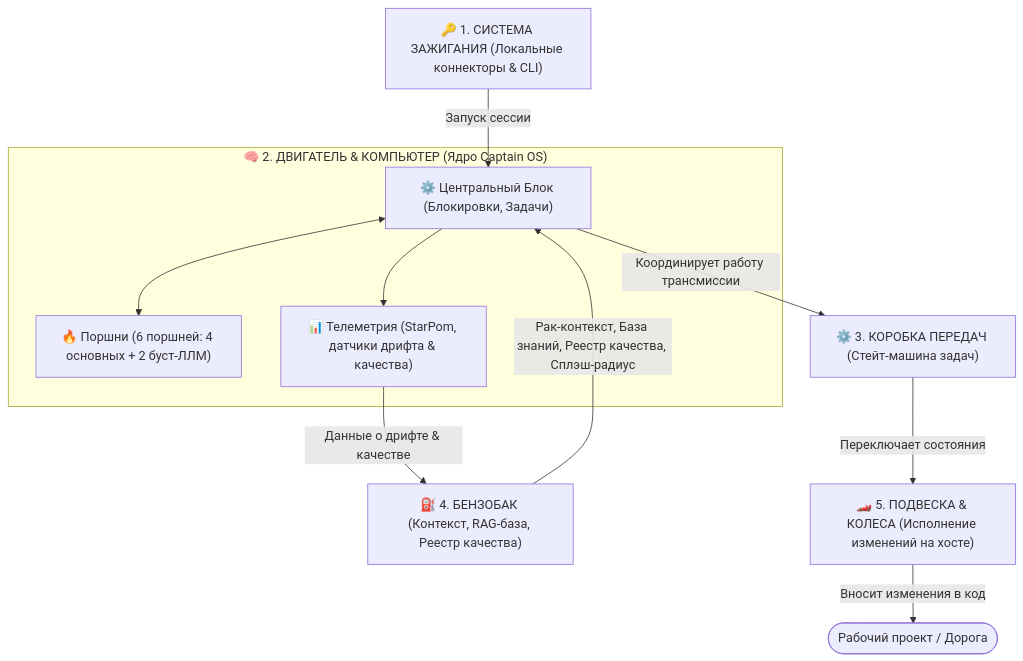
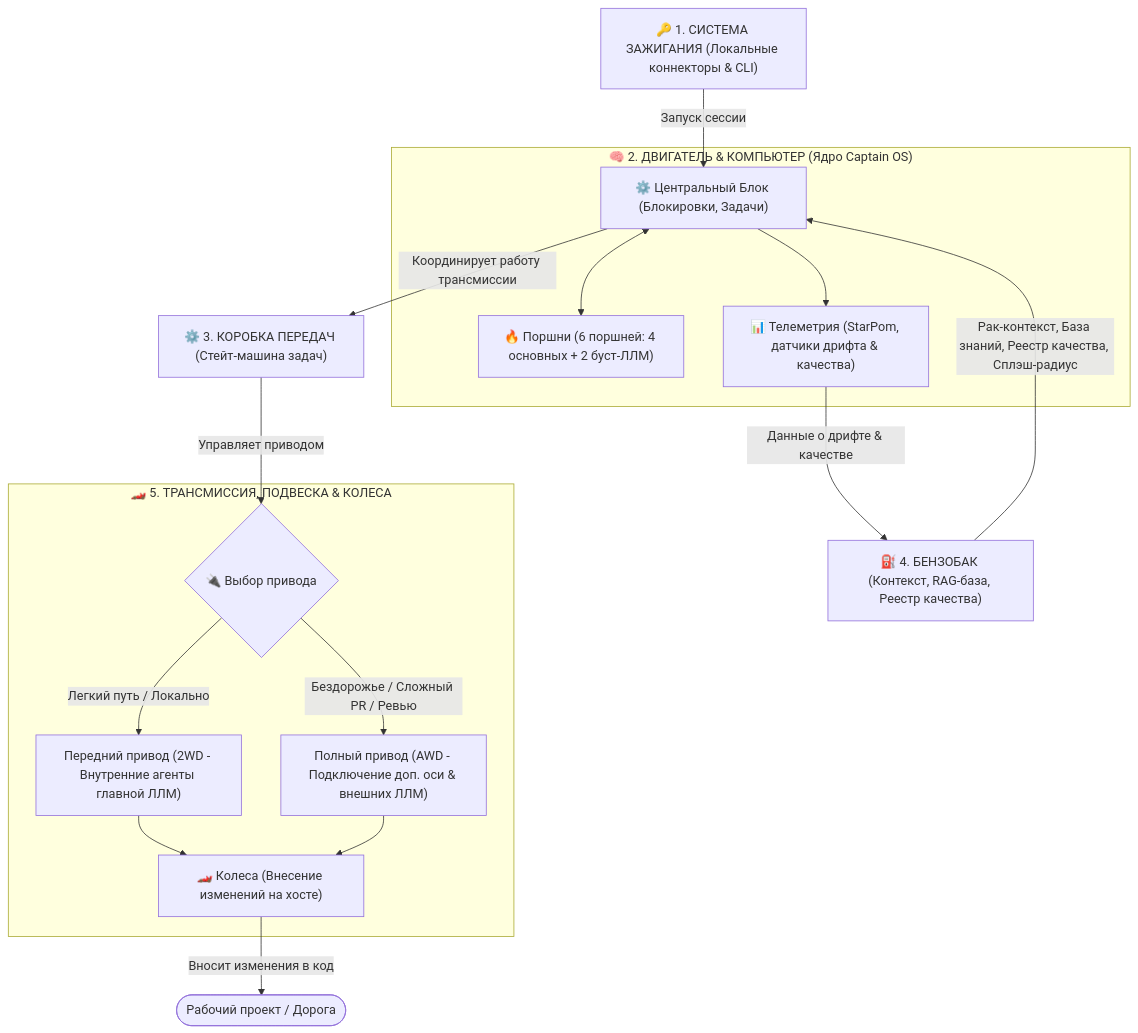
One commit to anton-remide/captain-os changed the first of 2 diagrams in README.md. Above: the diagram before and after it, drawn with Mermaid. The commit also changed other lines of this file, not shown here.

Commit message:
docs(readme): integrate 2WD/AWD drivetrain analogy with dynamic LLM drive modes

````diff
--- a/README.md
+++ b/README.md
@@ -12,29 +12,40 @@
 ```mermaid
 graph TD
     Ignition["🔑 1. СИСТЕМА ЗАЖИГАНИЯ (Локальные коннекторы & CLI)"]
     
     subgraph EngineBlock["🧠 2. ДВИГАТЕЛЬ & КОМПЬЮТЕР (Ядро Captain OS)"]
         Engine["⚙️ Центральный Блок (Блокировки, Задачи)"]
         Pistons["🔥 Поршни (6 поршней: 4 основных + 2 буст-ЛЛМ)"]
         Telemetry["📊 Телеметрия (StarPom, датчики дрифта & качества)"]
         Engine <--> Pistons
         Engine --> Telemetry
     end
     
     Gearbox["⚙️ 3. КОРОБКА ПЕРЕДАЧ (Стейт-машина задач)"]
     Tank["⛽ 4. БЕНЗОБАК (Контекст, RAG-база, Реестр качества)"]
-    Wheels["🏎️ 5. ПОДВЕСКА & КОЛЕСА (Исполнение изменений на хосте)"]
+    
+    subgraph DriveTrain["🏎️ 5. ТРАНСМИССИЯ, ПОДВЕСКА & КОЛЕСА"]
+        DriveMode{"🔌 Выбор привода"}
+        2WD["Передний привод (2WD - Внутренние агенты главной ЛЛМ)"]
+        AWD["Полный привод (AWD - Подключение доп. оси & внешних ЛЛМ)"]
+        Wheels["🏎️ Колеса (Внесение изменений на хосте)"]
+        
+        DriveMode -->|Легкий путь / Локально| 2WD
+        DriveMode -->|Бездорожье / Сложный PR / Ревью| AWD
+        2WD --> Wheels
+        AWD --> Wheels
+    end
 
     Ignition -->|Запуск сессии| Engine
     
     %% Потоки из бензобака в двигатель (топливо, параметры и реестр)
     Tank -->|Рак-контекст, База знаний, Реестр качества, Сплэш-радиус| Engine
     
     %% Сигналы телеметрии обратно к приборам
     Telemetry -->|Данные о дрифте & качестве| Tank
     
     %% Передача усилия на коробку и далее колеса
     Engine -->|Координирует работу трансмиссии| Gearbox
-    Gearbox -->|Переключает состояния| Wheels
+    Gearbox -->|Управляет приводом| DriveMode
     Wheels -->|Вносит изменения в код| Road(["Рабочий проект / Дорога"])
 ```
````
